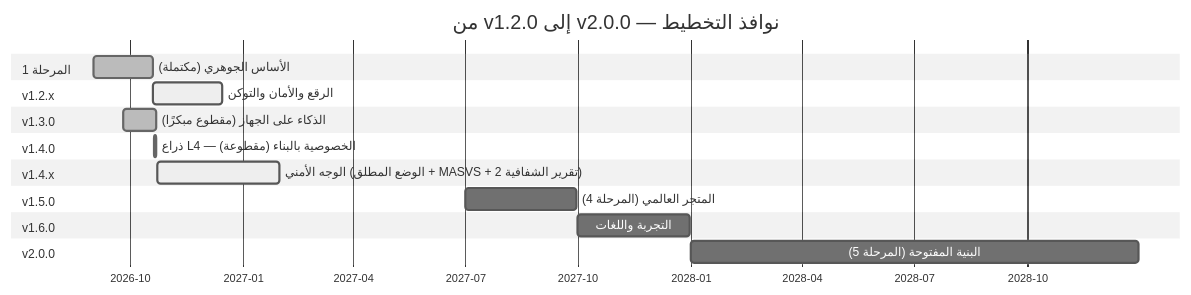
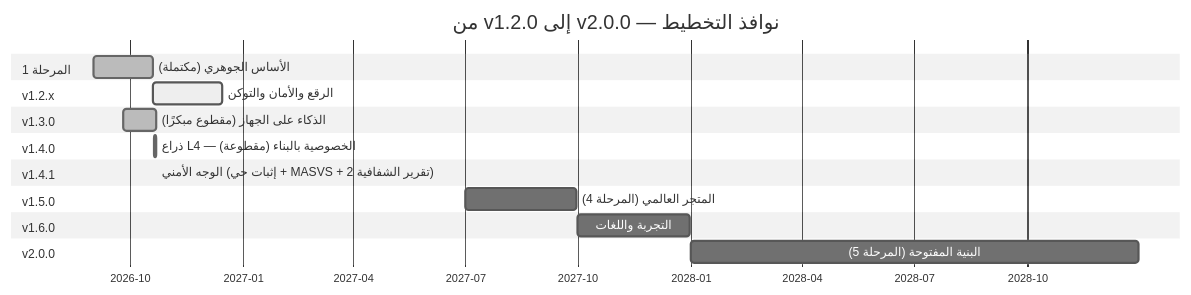
The second of 2 diagrams in docs/ROADMAP.md (CTO-DRS/DRS-Smart-Keyboard), drawn with Mermaid (neutral theme) before and after one commit. The commit also changed other lines of this file and 16 other files, not shown here.

First line of the commit message:
feat(security): موجة v1.4.x الأمنية كاملة — الوضع المطلق بإثبات حيّ (v1.4.1)

````diff
--- a/docs/ROADMAP.md
+++ b/docs/ROADMAP.md
@@ -133,22 +134,22 @@
 ```mermaid
 gantt
     title من v1.2.0 إلى v2.0.0 — نوافذ التخطيط
     dateFormat  YYYY-MM-DD
     axisFormat  %Y-%m
     section المرحلة 1
     الأساس الجوهري (مكتملة)        :done, p1, 2026-09-01, 2026-10-19
     section v1.2.x
     الرقع والأمان والتوكن          :active, p12, 2026-10-19, 2026-12-15
     section v1.3.0
     الذكاء على الجهاز (مقطوع مبكرًا)  :done, p13, 2026-09-25, 2026-10-22
     section v1.4.0
     ذراع L4 — الخصوصية بالبناء (مقطوعة)  :done, p14, 2026-10-20, 2026-10-22
-    section v1.4.x
-    الوجه الأمني (الوضع المطلق + MASVS + تقرير الشفافية 2)  :active, p14x, 2026-10-23, 2027-01-31
+    section v1.4.1
+    الوجه الأمني (إثبات حي + MASVS + تقرير الشفافية 2)  :done, p14x, 2026-10-22, 2026-10-22
     section v1.5.0
     المتجر العالمي (المرحلة 4)     :p15, 2027-07-01, 2027-09-30
     section v1.6.0
     التجربة واللغات                :p16, 2027-10-01, 2027-12-31
     section v2.0.0
     البنية المفتوحة (المرحلة 5)    :p20, 2028-01-01, 2028-12-31
 ```
````
